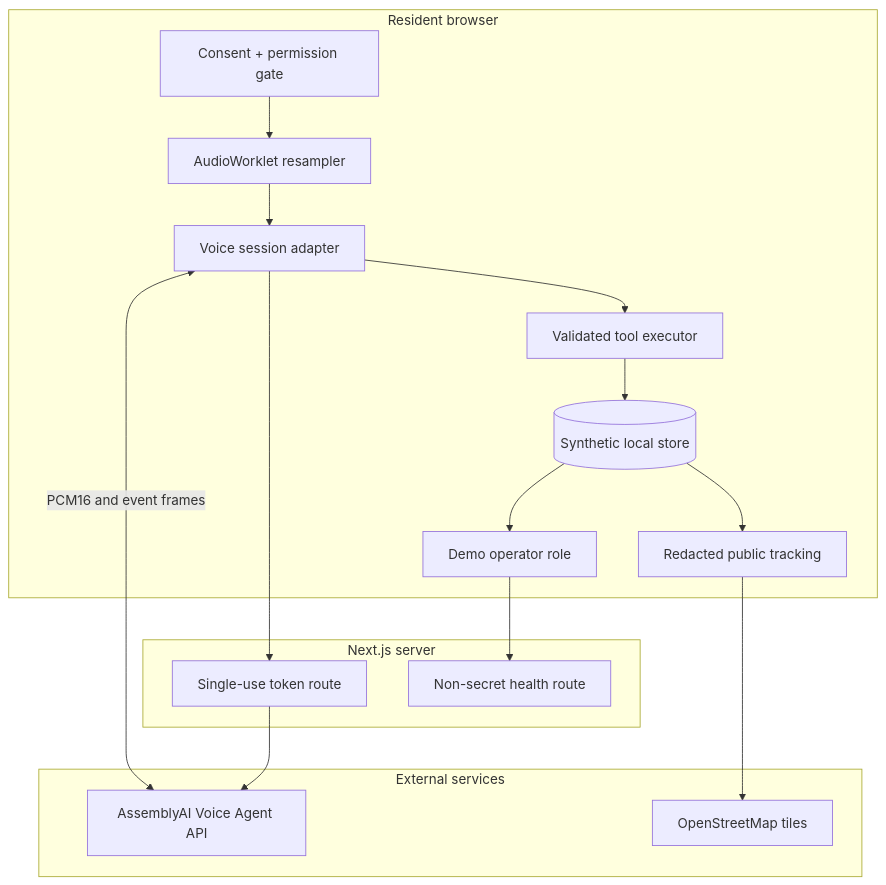
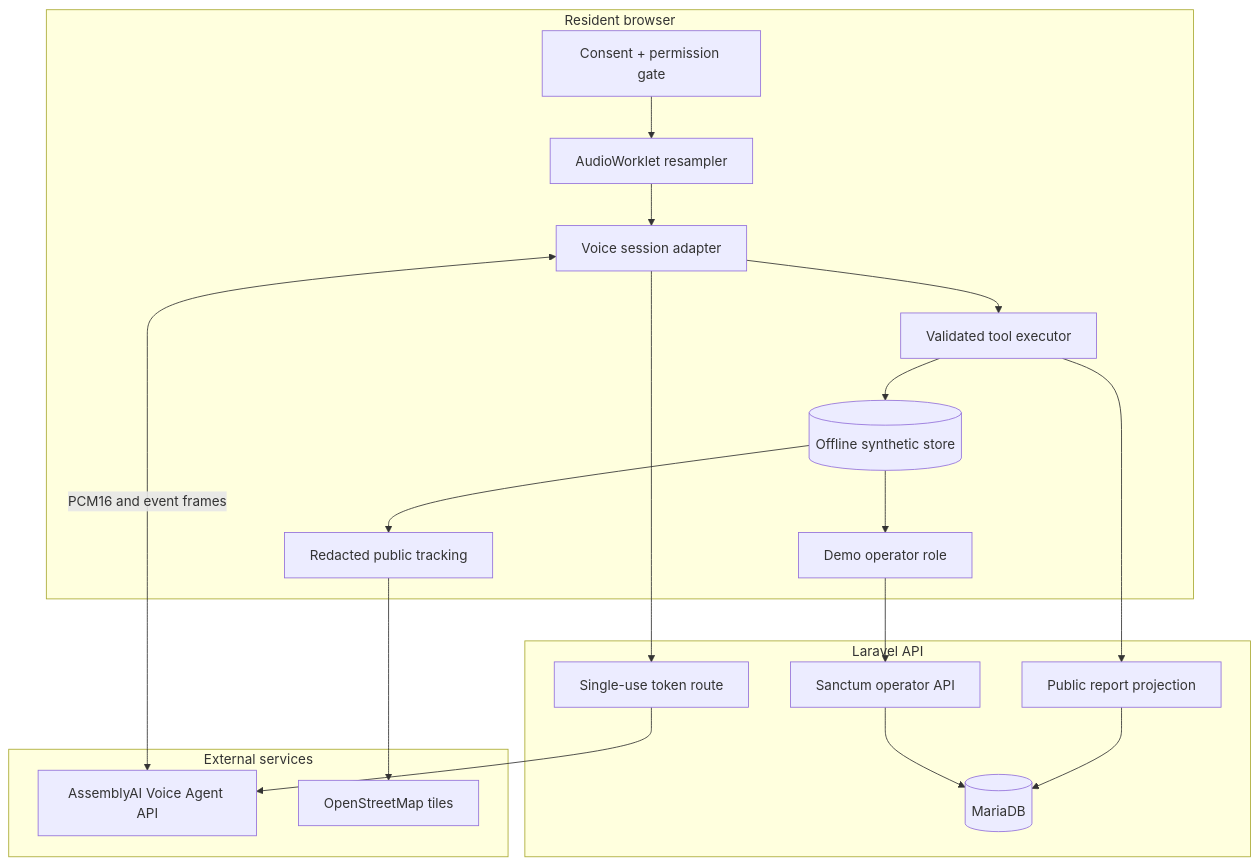
Before and after one commit to SibusisoMashita/fixsa-voice: the diagram in docs/architecture.md, drawn with Mermaid. The commit also changed other lines of this file and 136 other files, not shown here.

````diff
--- a/docs/architecture.md
+++ b/docs/architecture.md
@@ -9,28 +9,31 @@
 ```mermaid
 flowchart TB
   subgraph Browser[Resident browser]
     Consent[Consent + permission gate]
     Audio[AudioWorklet resampler]
     Voice[Voice session adapter]
     Tools[Validated tool executor]
-    Local[(Synthetic local store)]
+    Local[(Offline synthetic store)]
     Public[Redacted public tracking]
     Ops[Demo operator role]
   end
-  subgraph Server[Next.js server]
+  subgraph Server[Laravel API]
     Token[Single-use token route]
-    Health[Non-secret health route]
+    PublicAPI[Public report projection]
+    OperatorAPI[Sanctum operator API]
+    DB[(MariaDB)]
   end
   subgraph External[External services]
     AAI[AssemblyAI Voice Agent API]
     OSM[OpenStreetMap tiles]
   end
   Consent --> Audio --> Voice
   Voice <-->|PCM16 and event frames| AAI
   Voice --> Tools --> Local
+  Tools --> PublicAPI --> DB
   Local --> Public
   Local --> Ops
   Voice --> Token --> AAI
-  Ops --> Health
+  Ops --> OperatorAPI --> DB
   Public --> OSM
 ```
````
